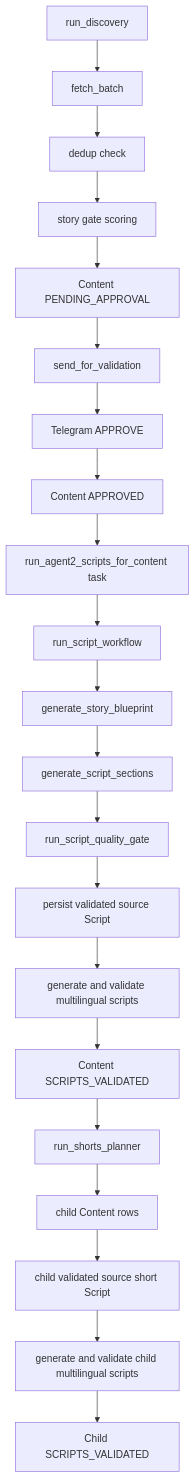
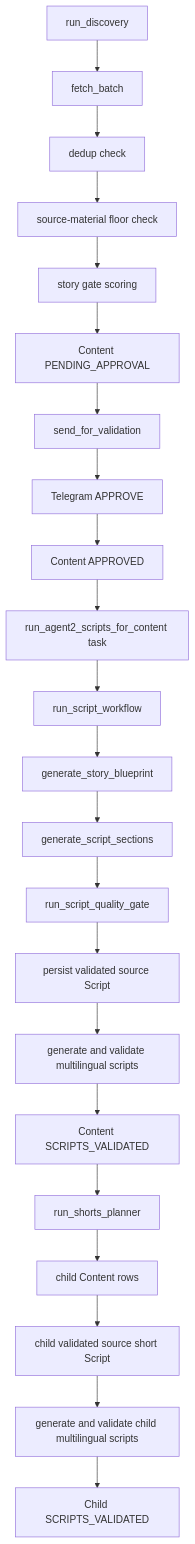
One commit to Hssingr/content-factory changed the second of 8 diagrams in CLAUDE.md. Above: the diagram before and after it, drawn with Mermaid. The commit also changed other lines of this file and 4 other files, not shown here.

````diff
--- a/CLAUDE.md
+++ b/CLAUDE.md
@@ -1497,23 +1497,24 @@
 ```mermaid
 flowchart TD
     A[run_discovery] --> B[fetch_batch]
     B --> C[dedup check]
-    C --> D[story gate scoring]
+    C --> C2[source-material floor check]
+    C2 --> D[story gate scoring]
     D --> E[Content PENDING_APPROVAL]
     E --> F[send_for_validation]
     F --> G[Telegram APPROVE]
     G --> H[Content APPROVED]
     H --> I[run_agent2_scripts_for_content task]
     I --> J[run_script_workflow]
     J --> K[generate_story_blueprint]
     K --> L[generate_script_sections]
     L --> M[run_script_quality_gate]
     M --> N[persist validated source Script]
     N --> O[generate and validate multilingual scripts]
     O --> P[Content SCRIPTS_VALIDATED]
     P --> Q[run_shorts_planner]
     Q --> R[child Content rows]
     R --> S[child validated source short Script]
     S --> U[generate and validate child multilingual scripts]
     U --> T[Child SCRIPTS_VALIDATED]
 ```
````
